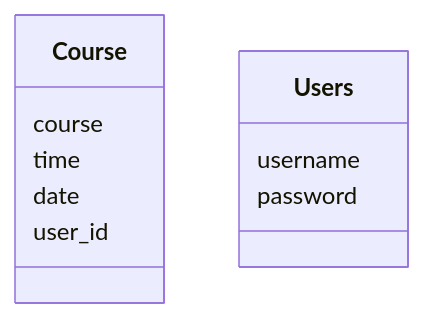
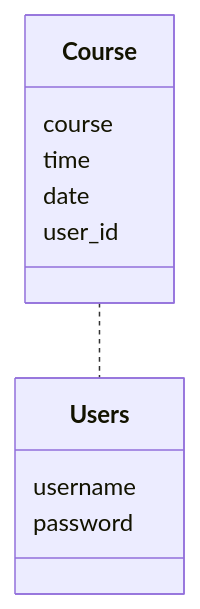
The second of 6 diagrams in SeuraaOpintojasi/dokumentaatio/arkkitehtuurikuvaus.md (hhuuskon/ohte-harjoitustyo), drawn with Mermaid before and after one commit.

Commit message:
update to documentary

````diff
--- a/SeuraaOpintojasi/dokumentaatio/arkkitehtuurikuvaus.md
+++ b/SeuraaOpintojasi/dokumentaatio/arkkitehtuurikuvaus.md
@@ -56,11 +56,10 @@
 ```mermaid
 classDiagram
-Course
-Users
+Course .. Users
 Course : course
 Course : time
 Course : date
 Course : user_id
 Users : username
 Users : password
 ```
````
